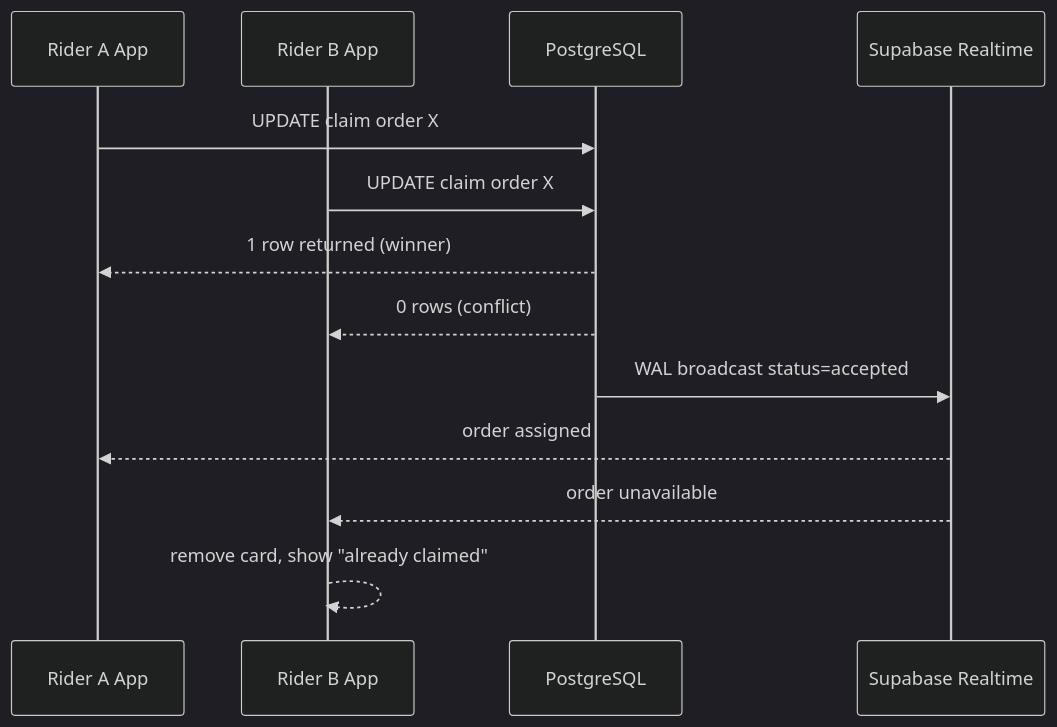
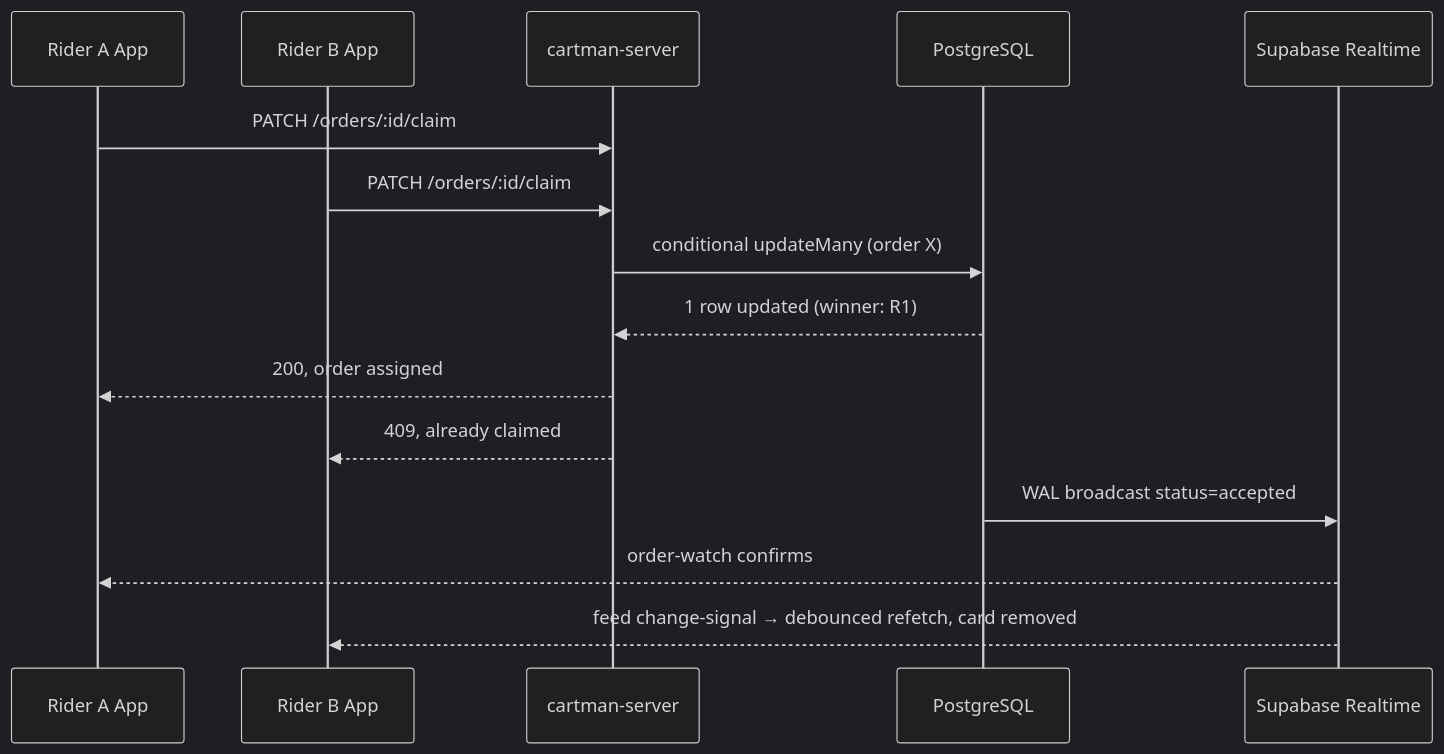
One commit to xzen-projects/cartman-ph-docs changed the eighth of 14 diagrams in ARCHITECTURE.md. Above: the diagram before and after it, drawn with Mermaid (dark theme). The commit also changed other lines of this file, not shown here.

First line of the commit message:
docs: reconcile ARCHITECTURE.md with implemented server reality

````diff
--- a/ARCHITECTURE.md
+++ b/ARCHITECTURE.md
@@ -541,16 +517,18 @@
 ```mermaid
 sequenceDiagram
   participant R1 as Rider A App
   participant R2 as Rider B App
+  participant Server as cartman-server
   participant DB as PostgreSQL
   participant RT as Supabase Realtime
 
-  R1->>DB: UPDATE claim order X
-  R2->>DB: UPDATE claim order X
-  DB-->>R1: 1 row returned (winner)
-  DB-->>R2: 0 rows (conflict)
+  R1->>Server: PATCH /orders/:id/claim
+  R2->>Server: PATCH /orders/:id/claim
+  Server->>DB: conditional updateMany (order X)
+  DB-->>Server: 1 row updated (winner: R1)
+  Server-->>R1: 200, order assigned
+  Server-->>R2: 409, already claimed
   DB->>RT: WAL broadcast status=accepted
-  RT-->>R1: order assigned
-  RT-->>R2: order unavailable
-  R2-->>R2: remove card, show "already claimed"
+  RT-->>R1: order-watch confirms
+  RT-->>R2: feed change-signal → debounced refetch, card removed
 ```
````
